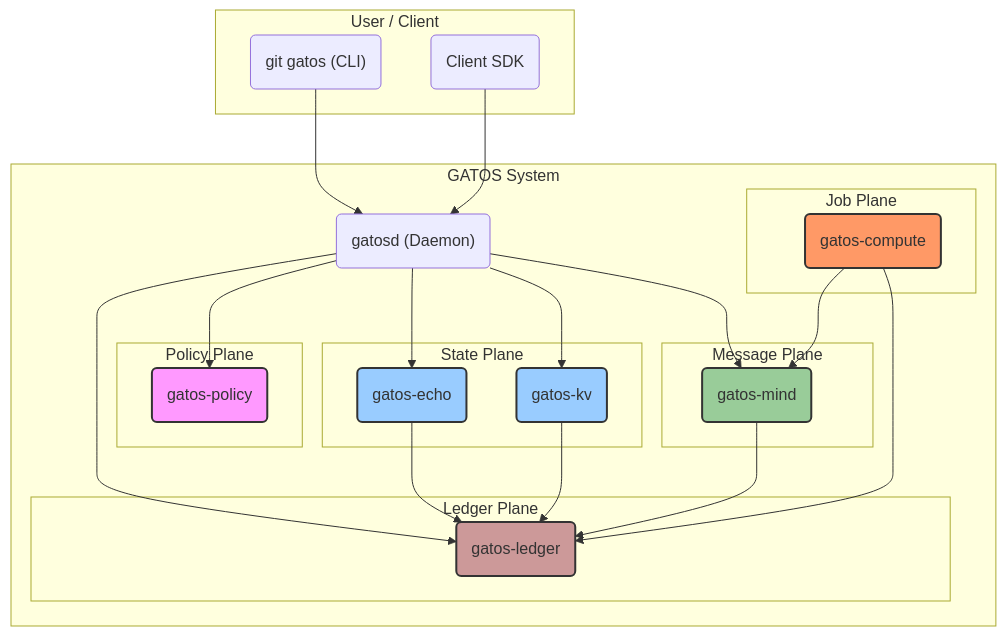
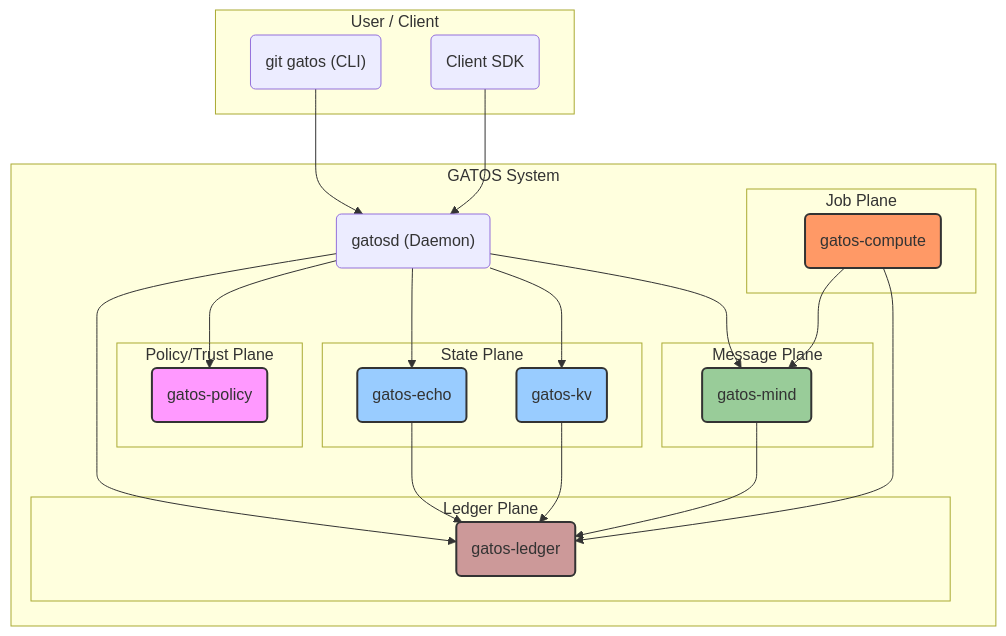
One commit to flyingrobots/gatos changed the diagram in docs/guide/CHAPTER-001.md. Above: the diagram before and after it, drawn with Mermaid. The commit also changed 2 other files, not shown here.

Commit message:
docs(diagrams): unify labels — 'Policy/Trust Plane' and 'git gatos (CLI)' across architecture diagrams

````diff
--- a/docs/guide/CHAPTER-001.md
+++ b/docs/guide/CHAPTER-001.md
@@ -12,54 +12,54 @@
 ```mermaid
 graph TD
     subgraph "User / Client"
         CLI("git gatos (CLI)")
         SDK("Client SDK")
     end
 
     subgraph "GATOS System"
         Daemon("gatosd (Daemon)")
 
         subgraph "Ledger Plane"
             Ledger("gatos-ledger");
         end
 
         subgraph "State Plane"
             Echo("gatos-echo");
             KV("gatos-kv");
         end
 
-        subgraph "Policy Plane"
+        subgraph "Policy/Trust Plane"
             Policy("gatos-policy");
         end
 
         subgraph "Message Plane"
             Mind("gatos-mind");
         end
 
         subgraph "Job Plane"
             Compute("gatos-compute");
         end
 
         Daemon --> Policy;
         Daemon --> Echo;
         Daemon --> KV;
         Daemon --> Mind;
         Daemon --> Ledger;
 
         Echo --> Ledger;
         KV --> Ledger;
         Mind --> Ledger;
         Compute --> Mind;
         Compute --> Ledger;
     end
 
     CLI --> Daemon;
     SDK --> Daemon;
 
     style Policy fill:#f9f,stroke:#333,stroke-width:2px
     style Echo fill:#9cf,stroke:#333,stroke-width:2px
     style KV fill:#9cf,stroke:#333,stroke-width:2px
     style Mind fill:#9c9,stroke:#333,stroke-width:2px
     style Ledger fill:#c99,stroke:#333,stroke-width:2px
     style Compute fill:#f96,stroke:#333,stroke-width:2px
 ```
````
